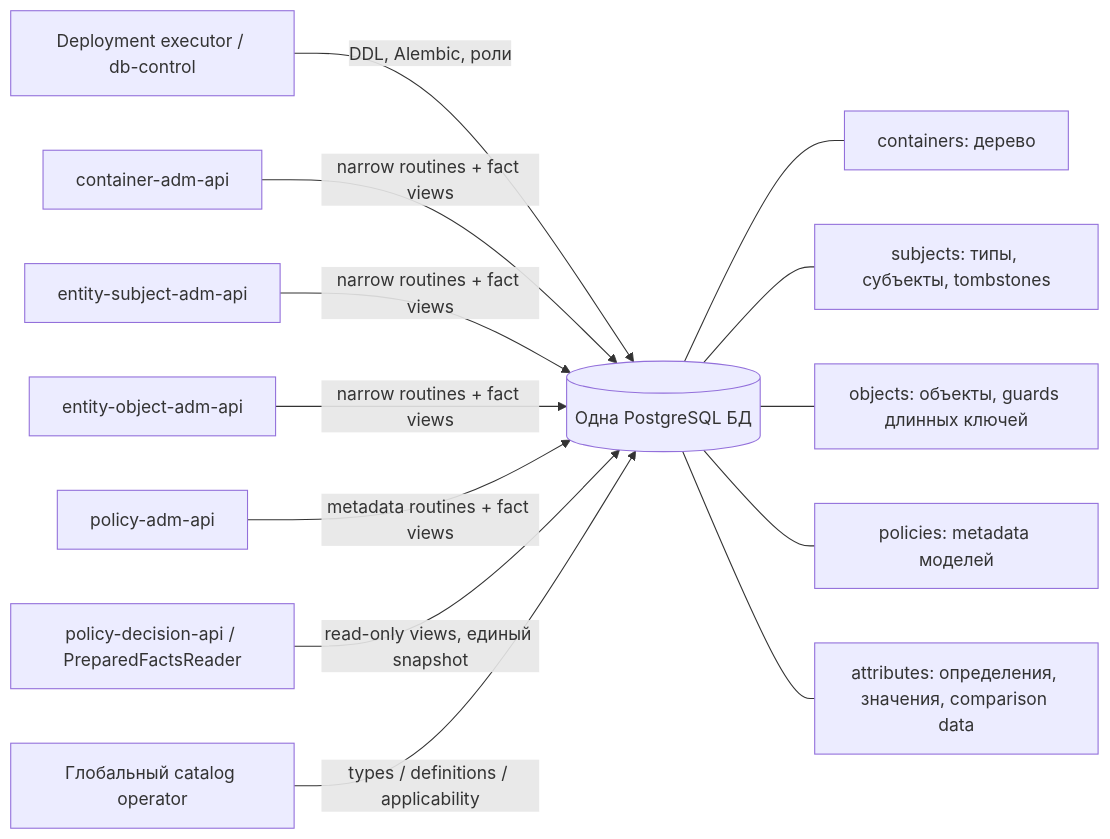
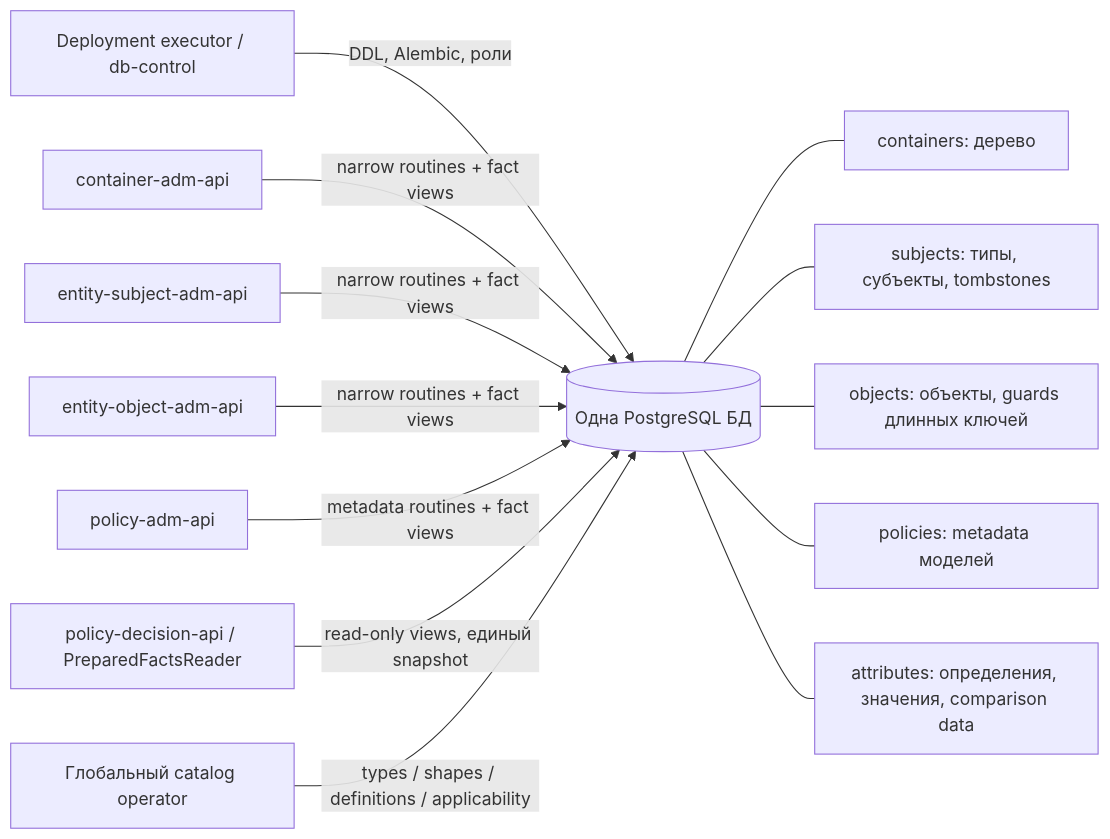
The first of 4 diagrams in docs/database.md (TamarixS/tamarix-specs), drawn with Mermaid before and after one commit. The commit also changed other lines of this file and 29 other files, not shown here.

````diff
--- a/docs/database.md
+++ b/docs/database.md
@@ -31,15 +31,15 @@
 ```mermaid
 flowchart LR
     Deploy["Deployment executor / db-control"] -->|"DDL, Alembic, роли"| PG[("Одна PostgreSQL БД")]
     C["container-adm-api"] -->|"narrow routines + fact views"| PG
     S["entity-subject-adm-api"] -->|"narrow routines + fact views"| PG
     O["entity-object-adm-api"] -->|"narrow routines + fact views"| PG
     P["policy-adm-api"] -->|"metadata routines + fact views"| PG
     R["policy-decision-api / PreparedFactsReader"] -->|"read-only views, единый snapshot"| PG
-    Catalog["Глобальный catalog operator"] -->|"types / definitions / applicability"| PG
+    Catalog["Глобальный catalog operator"] -->|"types / shapes / definitions / applicability"| PG
     PG --- CS["containers: дерево"]
     PG --- SS["subjects: типы, субъекты, tombstones"]
     PG --- OS["objects: объекты, guards длинных ключей"]
     PG --- PS["policies: metadata моделей"]
     PG --- AS["attributes: определения, значения, comparison data"]
 ```
````
